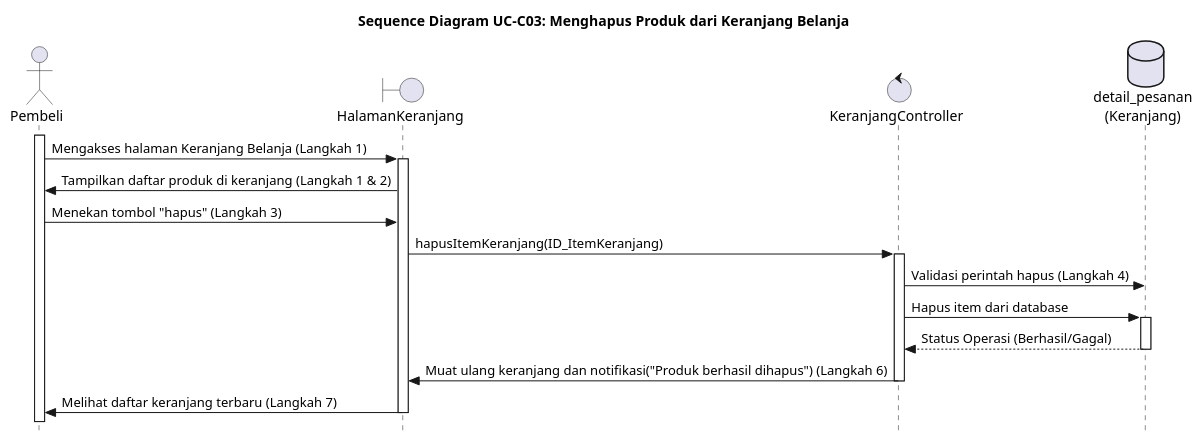
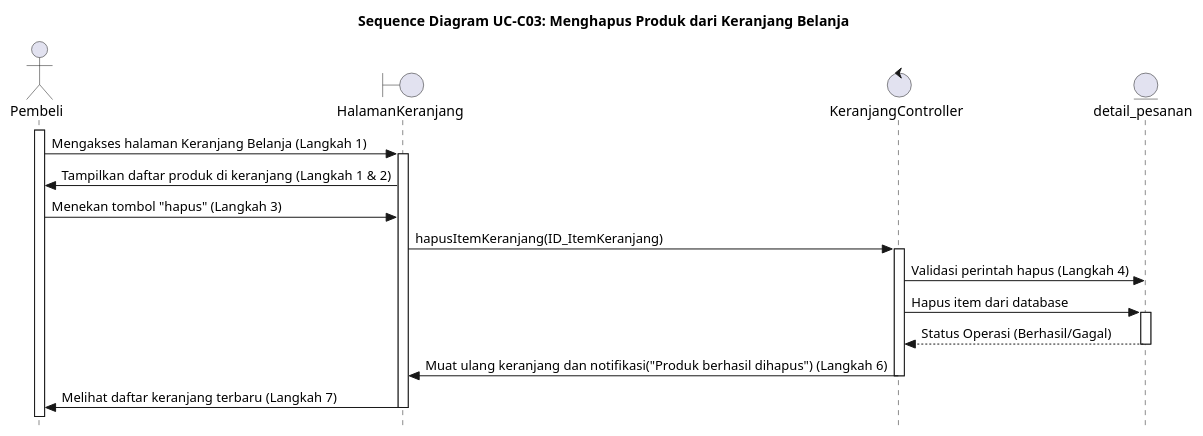
One commit to alfiahnurfa/RSI-PROYEK-AKHIR-SEQUENCE changed the diagram in UC-C03.PUML. Above: the diagram before and after it, drawn with PlantUML. The commit also changed 54 other files, not shown here.

Commit message:
revisi database ke entity

```diff
--- a/UC-C03.PUML
+++ b/UC-C03.PUML
@@ -1,56 +1,55 @@
 @startuml SD-UC-C03_HapusKeranjang
 title Sequence Diagram UC-C03: Menghapus Produk dari Keranjang Belanja
 skinparam style strictuml
 
 actor Pembeli
 boundary HalamanKeranjang
 control KeranjangController
-database detail_pesanan as "detail_pesanan\n(Keranjang)"
-
+entity detail_pesanan
 ' box "Sistem Transaksi"
 '     participant HalamanKeranjang
 '     participant KeranjangController
 ' end box
 
 activate Pembeli
 Pembeli -> HalamanKeranjang : Mengakses halaman Keranjang Belanja (Langkah 1)
 activate HalamanKeranjang
 HalamanKeranjang -> Pembeli : Tampilkan daftar produk di keranjang (Langkah 1 & 2)
 
 Pembeli -> HalamanKeranjang : Menekan tombol "hapus" (Langkah 3)
 
 HalamanKeranjang -> KeranjangController : hapusItemKeranjang(ID_ItemKeranjang)
 activate KeranjangController
 
 KeranjangController -> detail_pesanan : Validasi perintah hapus (Langkah 4)
 
 KeranjangController -> detail_pesanan : Hapus item dari database
 activate detail_pesanan
 return Status Operasi (Berhasil/Gagal)
 
 KeranjangController -> HalamanKeranjang : Muat ulang keranjang dan notifikasi("Produk berhasil dihapus") (Langkah 6)
 deactivate KeranjangController
 
 HalamanKeranjang -> Pembeli : Melihat daftar keranjang terbaru (Langkah 7)
 
 ' alt Jika Proses Penghapusan Gagal (Alternative Flow 4.a)
 '     note over KeranjangController
 '         Kegagalan koneksi/Item tidak ditemukan
 '     end note
 '     KeranjangController -> HalamanKeranjang : Tampilkan notifikasi("Gagal: Produk tidak dapat dihapus...") (Langkah 4.b)
 '     deactivate KeranjangController
     
 '     HalamanKeranjang -> Pembeli : Menerima notifikasi gagal
     
 '     note over Pembeli, HalamanKeranjang
 '         Mencoba kembali (Langkah 4.c)
 '         Kembali ke Langkah 3 (Langkah 4.d)
 '     end note
 ' else Jika Proses Penghapusan Berhasil (Main Flow)
 
 ' end alt
 
 deactivate HalamanKeranjang
 deactivate detail_pesanan
 
 @enduml
```
